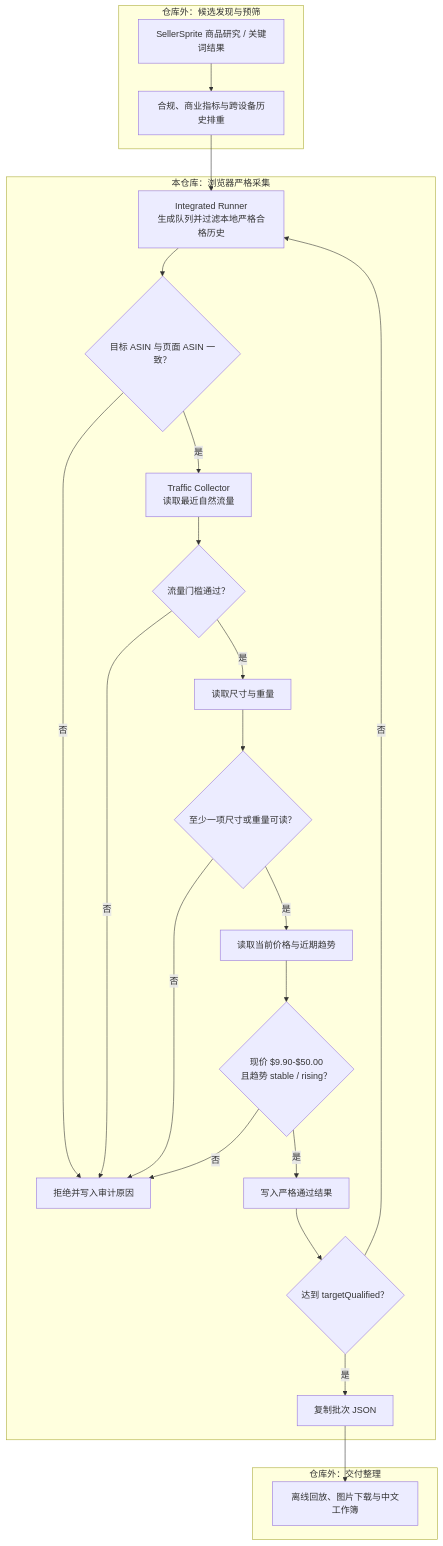
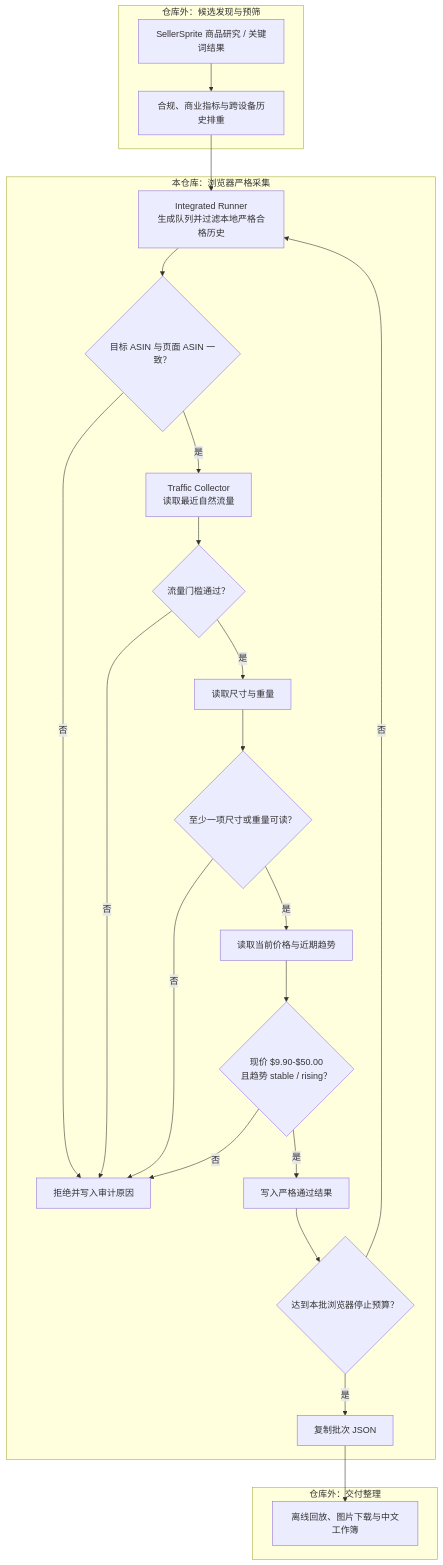
The diagram in README.md (yuanzeli695-byte/sellersprite-userscripts), drawn with Mermaid before and after one commit. The commit also changed other lines of this file and 15 other files, not shown here.

````diff
--- a/README.md
+++ b/README.md
@@ -104,31 +109,31 @@
 ```mermaid
 flowchart TD
     subgraph OUTSIDE_IN["仓库外：候选发现与预筛"]
         A["SellerSprite 商品研究 / 关键词结果"] --> B["合规、商业指标与跨设备历史排重"]
     end
 
     subgraph REPOSITORY["本仓库：浏览器严格采集"]
         C["Integrated Runner<br/>生成队列并过滤本地严格合格历史"] --> D{"目标 ASIN 与页面 ASIN 一致？"}
         D -- "否" --> R["拒绝并写入审计原因"]
         D -- "是" --> E["Traffic Collector<br/>读取最近自然流量"]
         E --> F{"流量门槛通过？"}
         F -- "否" --> R
         F -- "是" --> G["读取尺寸与重量"]
         G --> H{"至少一项尺寸或重量可读？"}
         H -- "否" --> R
         H -- "是" --> I["读取当前价格与近期趋势"]
         I --> J{"现价 $9.90-$50.00<br/>且趋势 stable / rising？"}
         J -- "否" --> R
         J -- "是" --> K["写入严格通过结果"]
-        K --> L{"达到 targetQualified？"}
+        K --> L{"达到本批浏览器停止预算？"}
         L -- "否" --> C
         L -- "是" --> M["复制批次 JSON"]
     end
 
     subgraph OUTSIDE_OUT["仓库外：交付整理"]
         N["离线回放、图片下载与中文工作簿"]
     end
 
     B --> C
     M --> N
 ```
````
